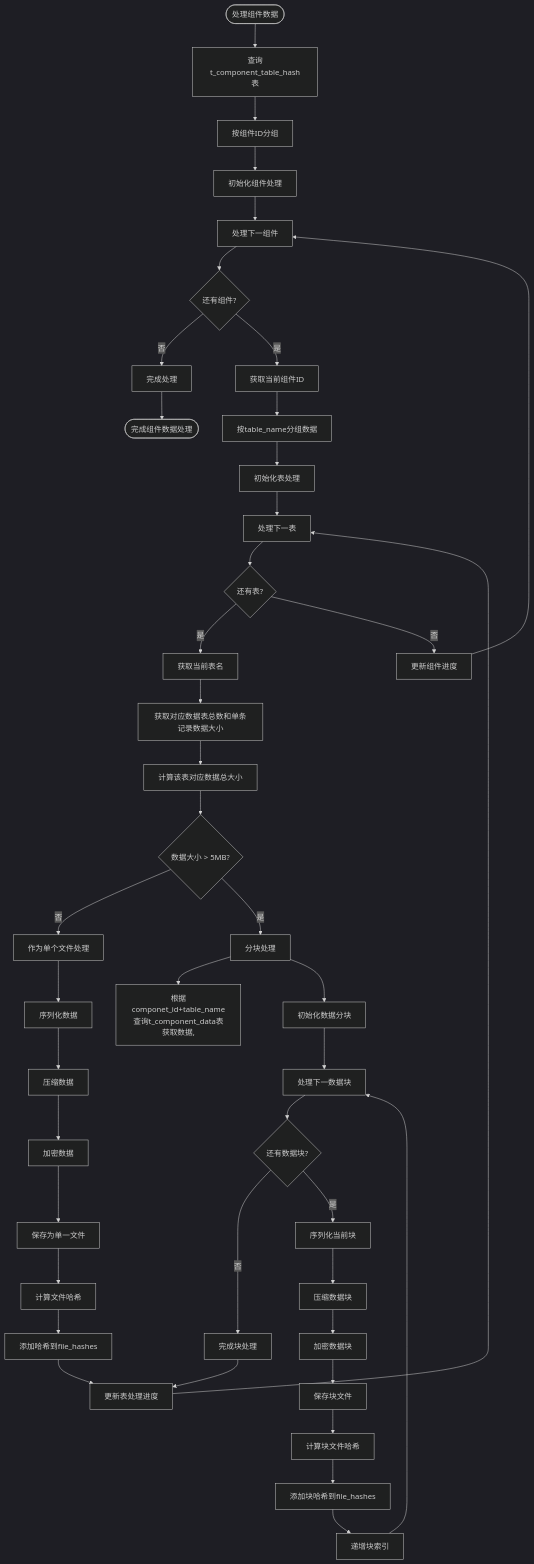
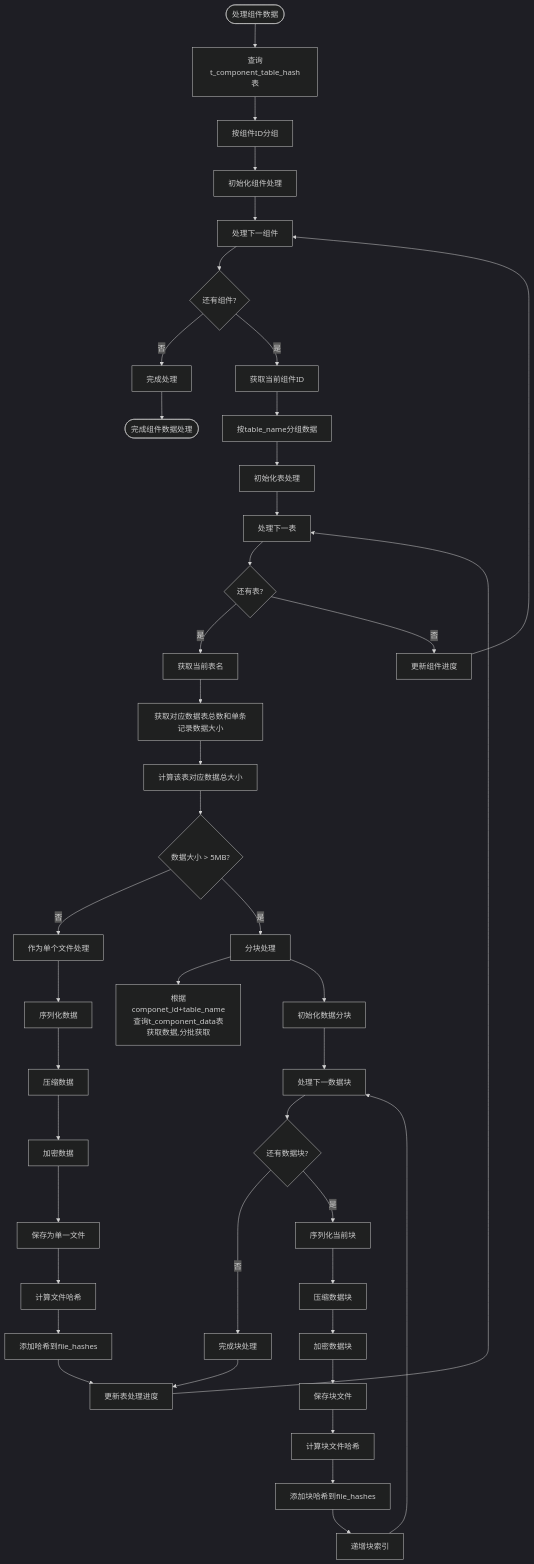
The diagram in all/未命名-56.md (yingjianzh/iodraw-files), drawn with Mermaid (dark theme) before and after one commit.

Commit message:
2025-05-12 14:31:22 update

````diff
--- a/all/未命名-56.md
+++ b/all/未命名-56.md
@@ -1,62 +1,62 @@
 ```mermaid
 
 flowchart TD
     Start([处理组件数据]) --> QueryDB[查询t_component_table_hash表]
     QueryDB --> GroupByComp[按组件ID分组]
     GroupByComp --> InitCompProcess[初始化组件处理]
     
     InitCompProcess --> ProcessNextComp[处理下一组件]
     ProcessNextComp --> MoreComps{还有组件?}
     MoreComps -->|否| CompleteProcess[完成处理]
     MoreComps -->|是| GetCompID[获取当前组件ID]
     
     GetCompID --> GroupByTable[按table_name分组数据]
     GroupByTable --> InitTableProcess[初始化表处理]
     
     InitTableProcess --> ProcessNextTable[处理下一表]
     ProcessNextTable --> MoreTables{还有表?}
 
     MoreTables -->|是| GetTableName[获取当前表名]
     MoreTables -->|否| UpdateCompProgress[更新组件进度]
     
     UpdateCompProgress --> ProcessNextComp
     
     GetTableName --> CheckDataSize[获取对应数据表总数和单条记录数据大小]
     CheckDataSize --> TotalSize[计算该表对应数据总大小]
 
     TotalSize --> DataSize{数据大小 > 5MB?}
    
     DataSize -->|否| ProcessSingleFile[作为单个文件处理]
     DataSize -->|是| ProcessMultipleChunks[分块处理]
 
-    ProcessMultipleChunks --> QueryTableData[根据componet_id+table_name查询t_component_data表获取数据,]
+    ProcessMultipleChunks --> QueryTableData[根据componet_id+table_name查询t_component_data表获取数据,分批获取]
     
     ProcessSingleFile --> SerializeData[序列化数据]
     SerializeData --> CompressData[压缩数据]
     CompressData --> EncryptData[加密数据]
     EncryptData --> SaveSingleFile[保存为单一文件]
     SaveSingleFile --> CalcFileHash[计算文件哈希]
     CalcFileHash --> AddToFileHashes[添加哈希到file_hashes]
 
     ProcessMultipleChunks --> InitChunks[初始化数据分块]
     InitChunks --> ProcessNextChunk[处理下一数据块]
     
     ProcessNextChunk --> MoreChunks{还有数据块?}
     MoreChunks -->|否| CompleteChunks[完成块处理]
     MoreChunks -->|是| SerializeChunk[序列化当前块]
     
     SerializeChunk --> CompressChunk[压缩数据块]
     CompressChunk --> EncryptChunk[加密数据块]
     EncryptChunk --> SaveChunkFile[保存块文件]
     SaveChunkFile --> CalcChunkHash[计算块文件哈希]
     CalcChunkHash --> AddChunkHash[添加块哈希到file_hashes]
     AddChunkHash --> IncrementChunkIndex[递增块索引]
     IncrementChunkIndex --> ProcessNextChunk
     
     CompleteChunks --> UpdateTableProgress[更新表处理进度]
     AddToFileHashes --> UpdateTableProgress
     UpdateTableProgress --> ProcessNextTable
     
     CompleteProcess --> End([完成组件数据处理])
 
 ```
````
